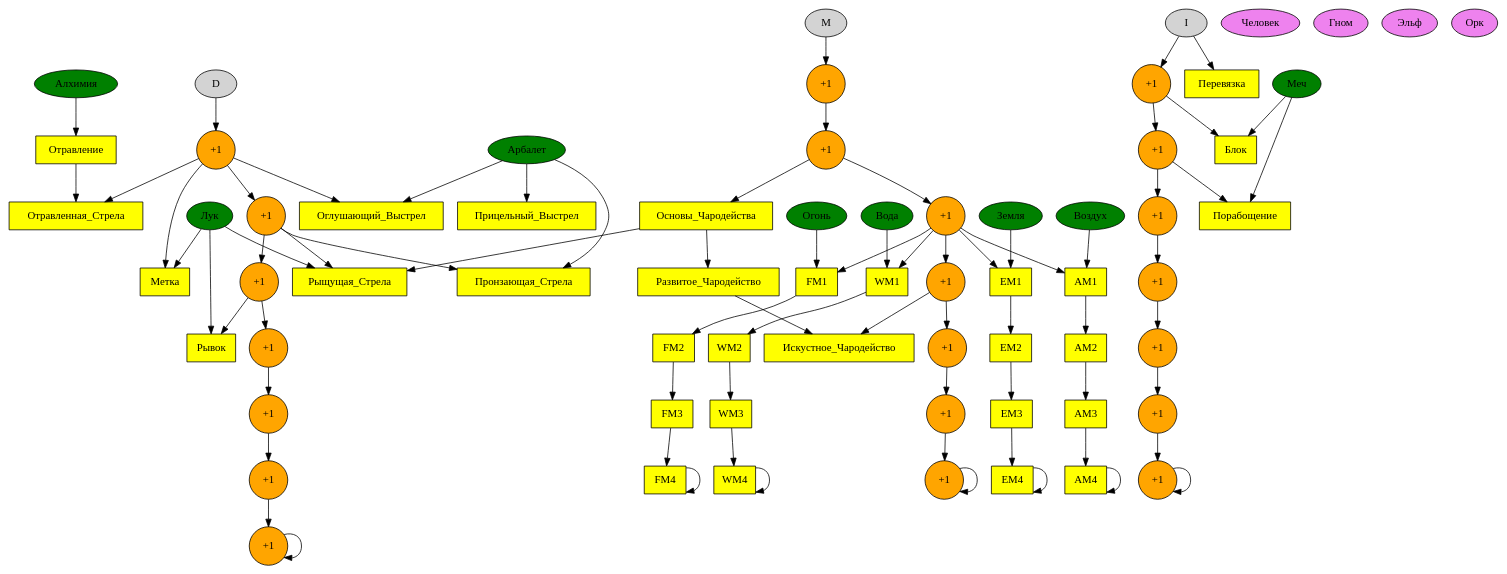
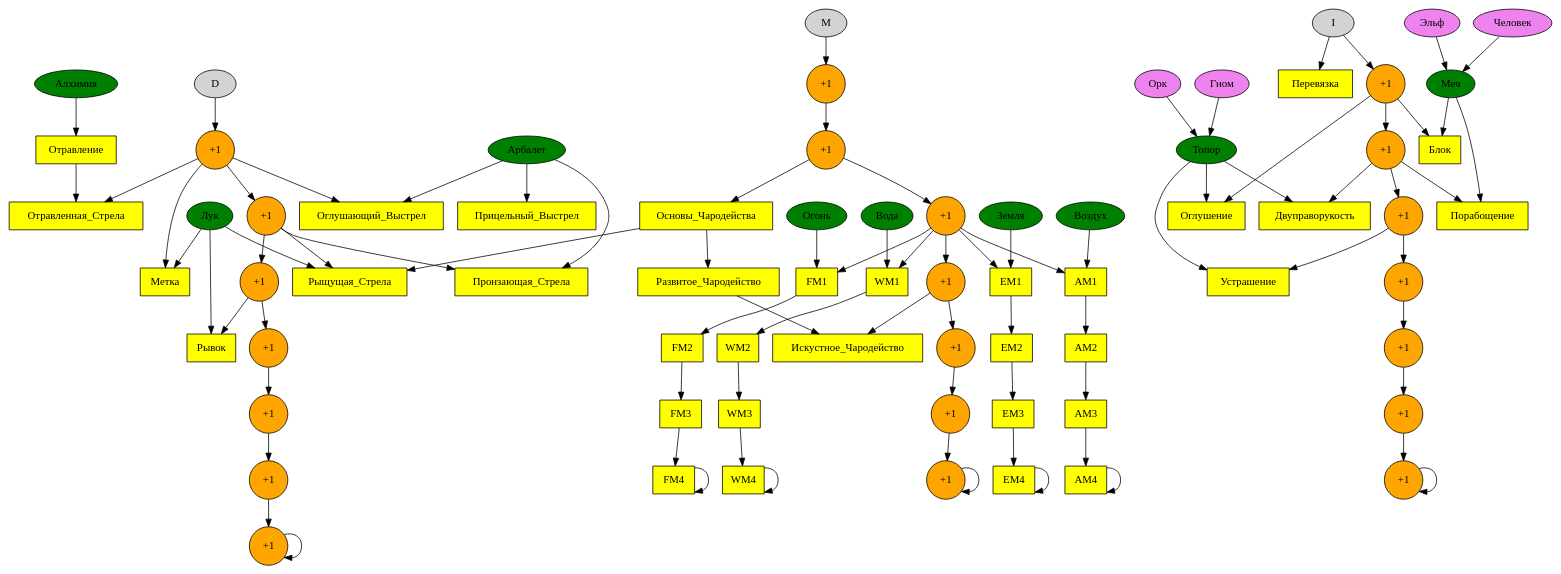
The diagram in rpg2.dot (hurufu/rpg), drawn with Graphviz before and after one commit.

Commit message:
Добавлно: Топор и классы для рас

```diff
--- a/rpg2.dot
+++ b/rpg2.dot
@@ -1,47 +1,57 @@
 strict digraph rpg {
 	node [style=filled];
 	D; I; M;
 	node [fillcolor=green];
-	Лук; Арбалет; Алхимия; Огонь; Вода; Земля; Воздух; Меч;
+	Лук; Арбалет; Алхимия; Огонь; Вода; Земля; Воздух; Меч; Топор;
 	node [fillcolor=violet];
 	Человек; Гном; Эльф; Орк;
 	node [label="+1", style=filled, shape=circle, fillcolor=orange, color=black];
 	D -> D1 -> D2 -> D3 -> D4 -> D5 -> D6 -> D7 -> D7;
 	M -> M1 -> M2 -> M3 -> M4 -> M5 -> M6 -> M7 -> M7;
 	I -> I1 -> I2 -> I3 -> I4 -> I5 -> I6 -> I7 -> I7;
 	node [label="\N", shape=box, fillcolor=yellow];
+	Человек -> Меч;
+	Эльф -> Меч;
+	Гном -> Топор;
+	Орк -> Топор;
 	D1 -> Отравленная_Стрела;
 	D1 -> Метка;
 	D1 -> Оглушающий_Выстрел;
 	D2 -> Рыщущая_Стрела;
 	D2 -> Пронзающая_Стрела;
 	D3 -> Рывок;
 	M2 -> Основы_Чародейства -> Развитое_Чародейство -> Искустное_Чародейство;
 	Основы_Чародейства -> Рыщущая_Стрела;
 	M4 -> Искустное_Чародейство;
 	M3 -> FM1;
 	M3 -> WM1;
 	M3 -> EM1;
 	M3 -> AM1;
 	Огонь -> FM1;
 	Вода -> WM1;
 	Земля -> EM1;
 	Воздух -> AM1;
 	FM1 -> FM2 -> FM3 -> FM4 -> FM4;
 	WM1 -> WM2 -> WM3 -> WM4 -> WM4;
 	EM1 -> EM2 -> EM3 -> EM4 -> EM4;
 	AM1 -> AM2 -> AM3 -> AM4 -> AM4;
 	Лук -> Метка;
 	Лук -> Рывок;
 	Лук -> Рыщущая_Стрела;
 	Арбалет -> Прицельный_Выстрел;
 	Арбалет -> Оглушающий_Выстрел;
 	Арбалет -> Пронзающая_Стрела;
 	Алхимия -> Отравление;
 	Отравление -> Отравленная_Стрела;
 	I -> Перевязка;
 	I1 -> Блок;
+	I1 -> Оглушение;
 	I2 -> Порабощение;
+	I2 -> Двуправорукость;
+	I3 -> Устрашение;
 	Меч -> Блок;
 	Меч -> Порабощение;
+	Топор -> Оглушение;
+	Топор -> Двуправорукость;
+	Топор -> Устрашение;
 }
```
